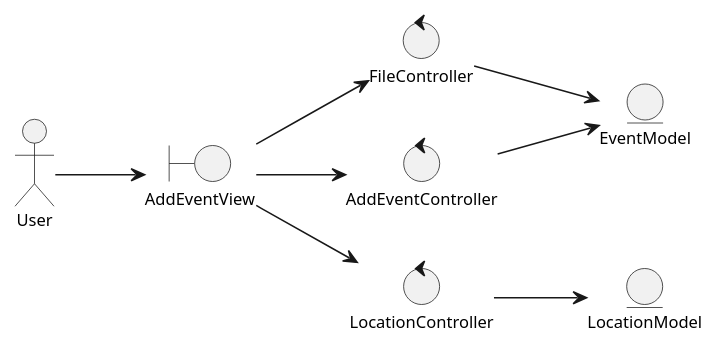
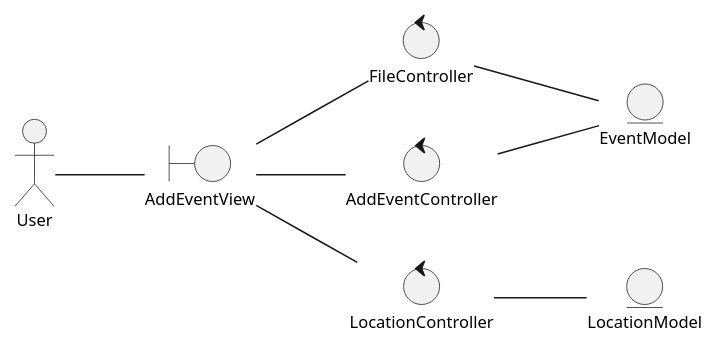
Before and after one commit to valeraruggierotesisucv/tesis-frameworks-mobile-diagrams: the diagram in Análisis/Clases de Análisis/UC6 Análisis/analysisClassDiagramUC6.plantuml, drawn with PlantUML. The commit also changed 20 other files, not shown here.

Commit message:
diagrama de traza + diagrama de secuencia + correcciones de maria paula

```diff
--- a/Análisis/Clases de Análisis/UC6 Análisis/analysisClassDiagramUC6.plantuml
+++ b/Análisis/Clases de Análisis/UC6 Análisis/analysisClassDiagramUC6.plantuml
@@ -1,29 +1,29 @@
 @startuml analysisClassDiagramUC6
 skinparam style strictuml
 left to right direction
 skinparam defaultTextAlignment center
 skinparam defaultFontSize 11
 
 actor "User" as user
 
 entity "EventModel" as eventModel
 entity "LocationModel" as locationModel
 
 boundary "AddEventView" as addEventView
 
 control "FileController" as fileController
 control "AddEventController" as addEventController
 control "LocationController" as locationController
 
 
-user --> addEventView
+user -- addEventView
 
-addEventView --> addEventController
-addEventView --> locationController
-addEventView --> fileController
+addEventView -- addEventController
+addEventView -- locationController
+addEventView -- fileController
 
-addEventController --> eventModel
-fileController --> eventModel
-locationController --> locationModel
+addEventController -- eventModel
+fileController -- eventModel
+locationController -- locationModel
 
 @enduml
```
